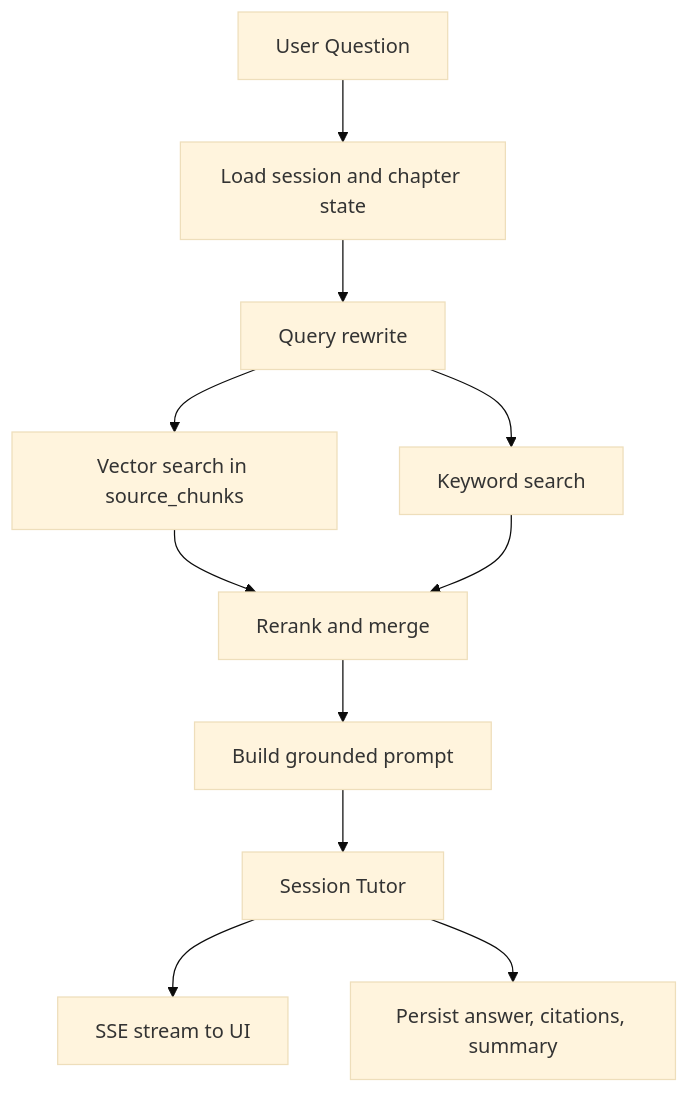
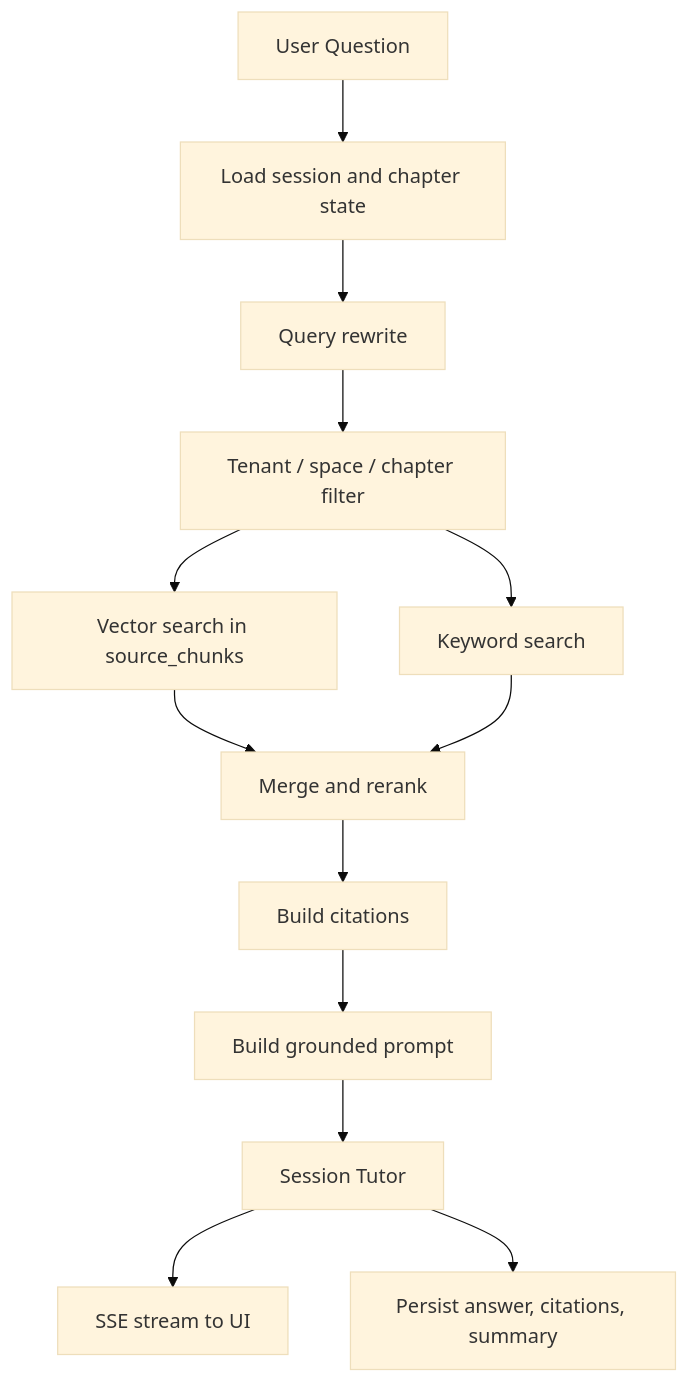
Before and after one commit to hxy-2024/study_agent: the second of 2 diagrams in introduction.md, drawn with Mermaid (base theme). The commit also changed other lines of this file and 1 other file, not shown here.

Commit message:
docs: add rag to study agent architecture

````diff
--- a/introduction.md
+++ b/introduction.md
@@ -318,13 +336,15 @@
 ```mermaid
 flowchart TD
   Q["User Question"] --> Ctx["Load session and chapter state"]
   Ctx --> Rewrite["Query rewrite"]
-  Rewrite --> Vec["Vector search in source_chunks"]
-  Rewrite --> KW["Keyword search"]
-  Vec --> Rank["Rerank and merge"]
+  Rewrite --> Filter["Tenant / space / chapter filter"]
+  Filter --> Vec["Vector search in source_chunks"]
+  Filter --> KW["Keyword search"]
+  Vec --> Rank["Merge and rerank"]
   KW --> Rank
-  Rank --> Prompt["Build grounded prompt"]
+  Rank --> Cite["Build citations"]
+  Cite --> Prompt["Build grounded prompt"]
   Prompt --> Tutor["Session Tutor"]
   Tutor --> Stream["SSE stream to UI"]
   Tutor --> Save["Persist answer, citations, summary"]
 ```
````
